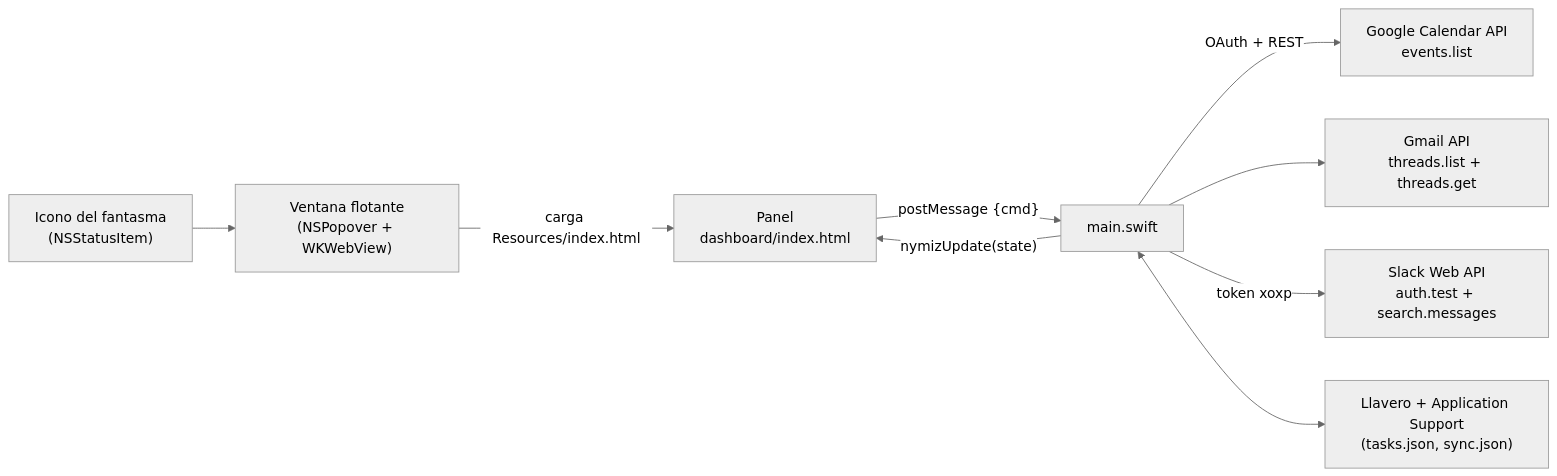
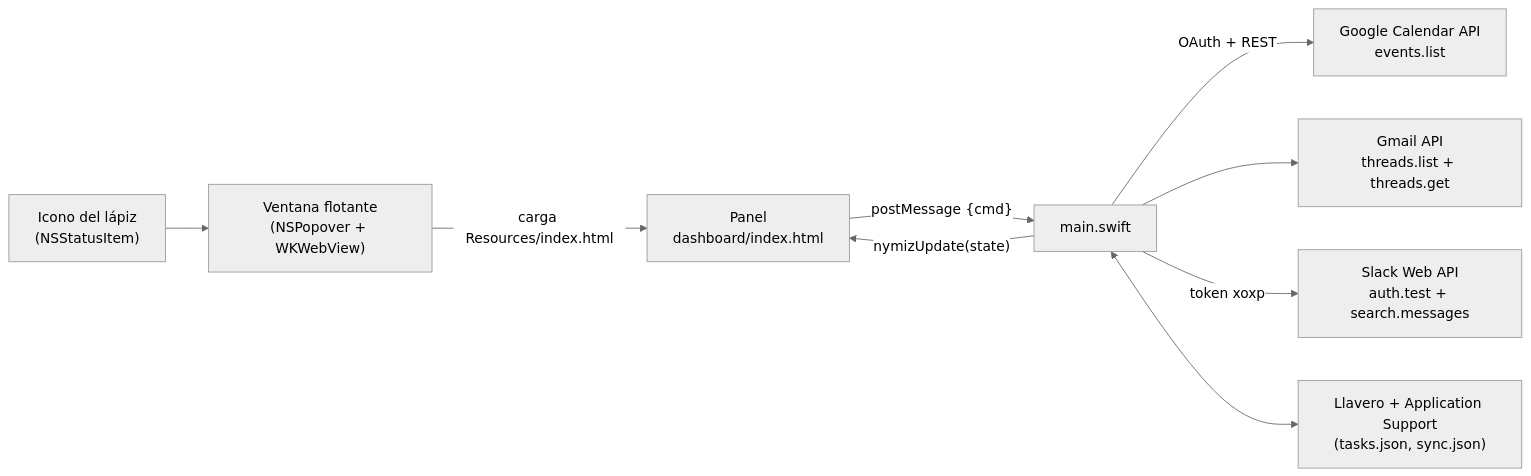
Before and after one commit to polodealvarado/tinydash: the diagram in docs/ARQUITECTURA.md, drawn with Mermaid (neutral theme). The commit also changed other lines of this file and 15 other files, not shown here.

````diff
--- a/docs/ARQUITECTURA.md
+++ b/docs/ARQUITECTURA.md
@@ -5,11 +5,11 @@
 ```mermaid
 flowchart LR
-  icon["Icono del fantasma<br/>(NSStatusItem)"] --> pop["Ventana flotante<br/>(NSPopover + WKWebView)"]
+  icon["Icono del lápiz<br/>(NSStatusItem)"] --> pop["Ventana flotante<br/>(NSPopover + WKWebView)"]
   pop -- "carga Resources/index.html" --> page["Panel<br/>dashboard/index.html"]
   page -- "postMessage {cmd}" --> app["main.swift"]
   app -- "nymizUpdate(state)" --> page
   app -- "OAuth + REST" --> gc["Google Calendar API<br/>events.list"]
   app --> gm["Gmail API<br/>threads.list + threads.get"]
   app -- "token xoxp" --> sl["Slack Web API<br/>auth.test + search.messages"]
   app <--> disk["Llavero + Application Support<br/>(tasks.json, sync.json)"]
 ```
````
